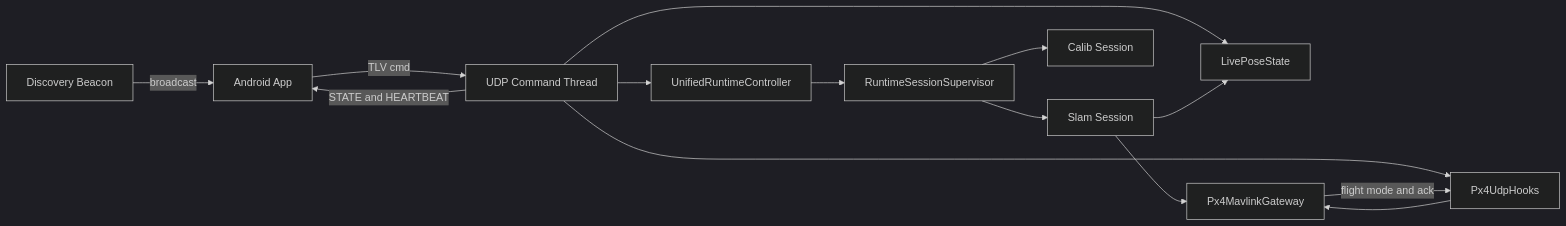
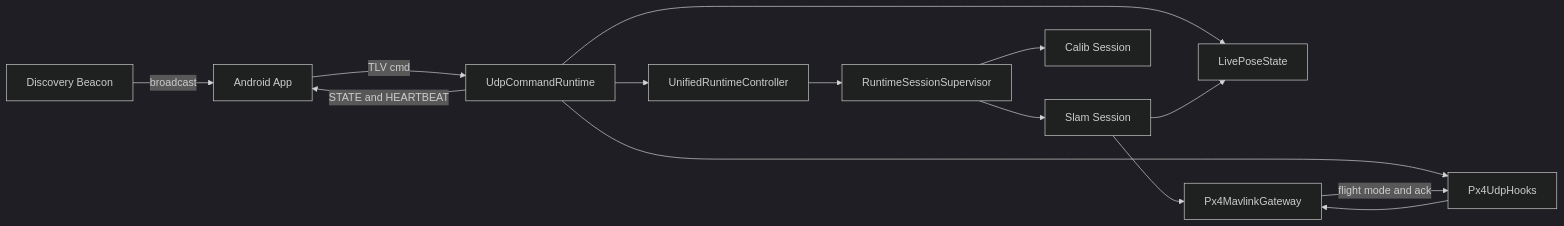
The first of 6 diagrams in docs/architecture.md (litingzhang/SmartDrone), drawn with Mermaid (dark theme) before and after one commit. The commit also changed other lines of this file and 153 other files, not shown here.

````diff
--- a/docs/architecture.md
+++ b/docs/architecture.md
@@ -391,27 +389,27 @@
 ```mermaid
 flowchart LR
     App[Android App]
     Disc[Discovery Beacon]
-    Cmd[UDP Command Thread]
+    Cmd[UdpCommandRuntime]
     Ctrl[UnifiedRuntimeController]
     Sup[RuntimeSessionSupervisor]
     SlamSess[Slam Session]
     CalibSess[Calib Session]
     Hooks[Px4UdpHooks]
     Pose[LivePoseState]
     Mav[Px4MavlinkGateway]
 
     App -->|TLV cmd| Cmd
     Disc -->|broadcast| App
     Cmd --> Ctrl
     Cmd --> Hooks
     Cmd --> Pose
     Ctrl --> Sup
     Sup --> SlamSess
     Sup --> CalibSess
     SlamSess --> Pose
     SlamSess --> Mav
     Hooks --> Mav
     Mav -->|flight mode and ack| Hooks
     Cmd -->|STATE and HEARTBEAT| App
 ```
````
